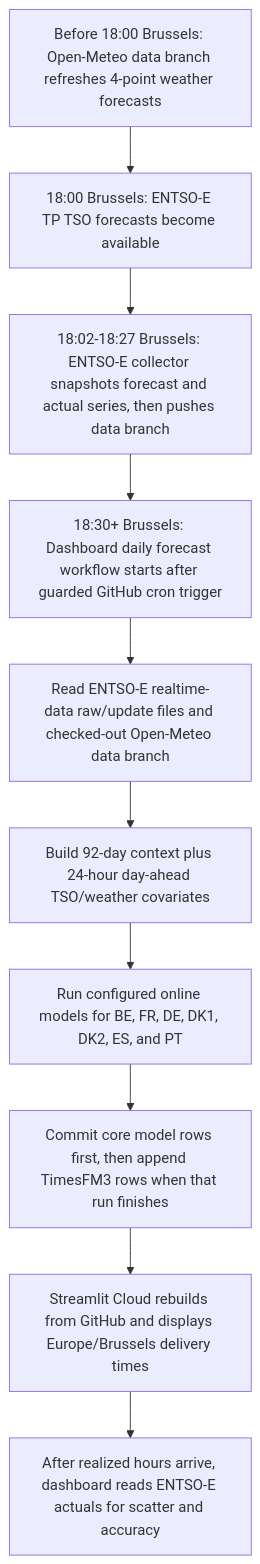
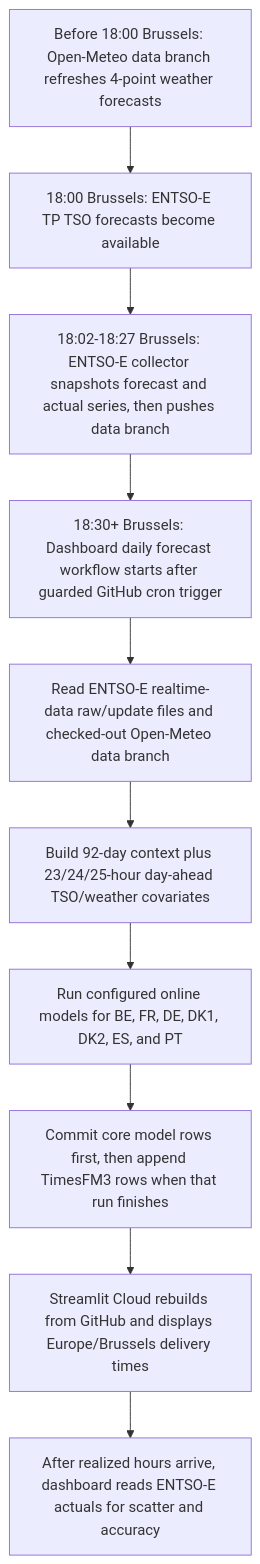
The diagram in README.md (XiaoyuJIN97/tp-plus-plus-real-time-forecasting-dashboard), drawn with Mermaid before and after one commit. The commit also changed other lines of this file and 23 other files, not shown here.

````diff
--- a/README.md
+++ b/README.md
@@ -104,12 +104,12 @@
 ```mermaid
 flowchart TD
   A["Before 18:00 Brussels: Open-Meteo data branch refreshes 4-point weather forecasts"] --> B["18:00 Brussels: ENTSO-E TP TSO forecasts become available"]
   B --> C["18:02-18:27 Brussels: ENTSO-E collector snapshots forecast and actual series, then pushes data branch"]
   C --> D["18:30+ Brussels: Dashboard daily forecast workflow starts after guarded GitHub cron trigger"]
   D --> E["Read ENTSO-E realtime-data raw/update files and checked-out Open-Meteo data branch"]
-  E --> G["Build 92-day context plus 24-hour day-ahead TSO/weather covariates"]
+  E --> G["Build 92-day context plus 23/24/25-hour day-ahead TSO/weather covariates"]
   G --> H["Run configured online models for BE, FR, DE, DK1, DK2, ES, and PT"]
   H --> I["Commit core model rows first, then append TimesFM3 rows when that run finishes"]
   I --> J["Streamlit Cloud rebuilds from GitHub and displays Europe/Brussels delivery times"]
   J --> K["After realized hours arrive, dashboard reads ENTSO-E actuals for scatter and accuracy"]
 ```
````
